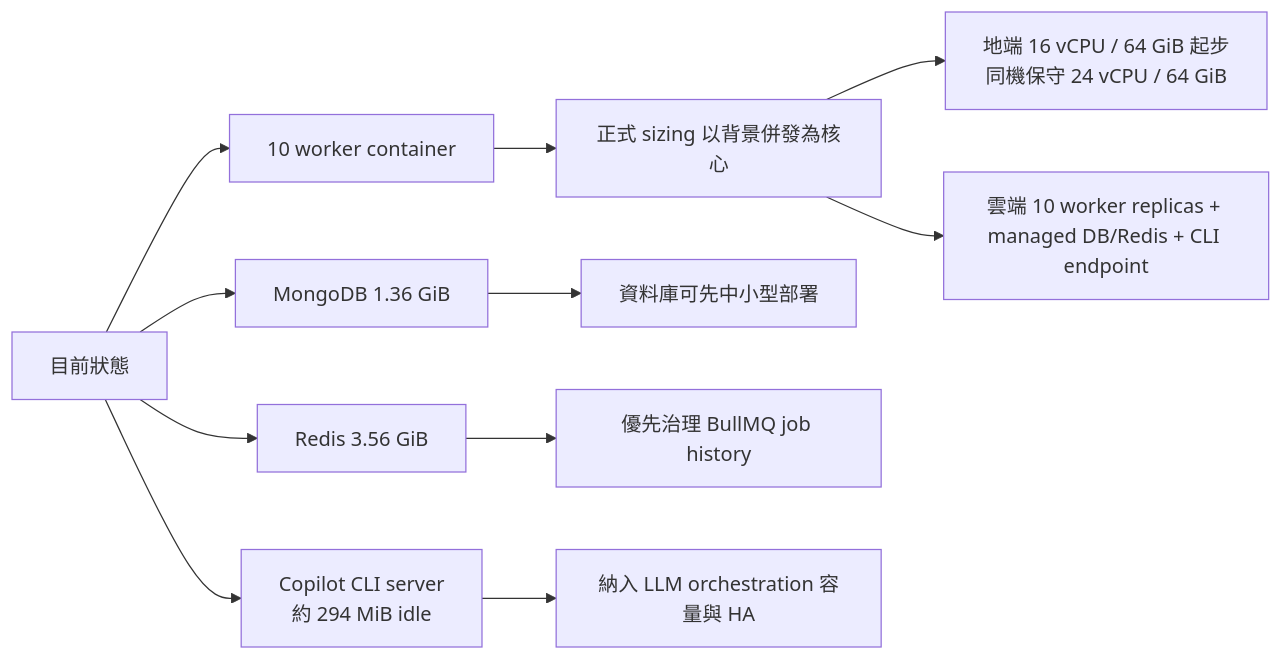
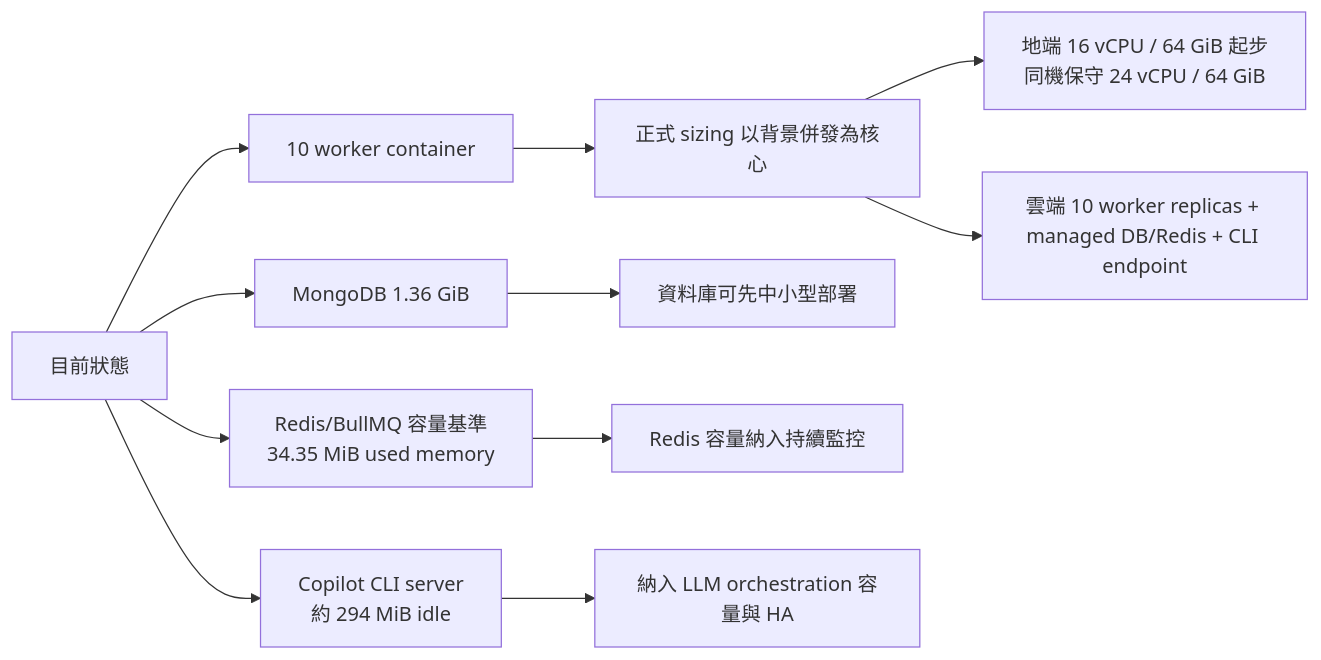
One commit to chunkai1312/temp changed the first of 16 diagrams in production-resource-architecture-proposal.md. Above: the diagram before and after it, drawn with Mermaid. The commit also changed other lines of this file, not shown here.

````diff
--- a/production-resource-architecture-proposal.md
+++ b/production-resource-architecture-proposal.md
@@ -39,13 +38,13 @@
 ```mermaid
 flowchart LR
   A["目前狀態"] --> B["10 worker container"]
   A --> C["MongoDB 1.36 GiB"]
-  A --> D["Redis 3.56 GiB"]
+  A --> D["Redis/BullMQ 容量基準\n34.35 MiB used memory"]
   A --> J["Copilot CLI server\n約 294 MiB idle"]
   B --> E["正式 sizing 以背景併發為核心"]
   C --> F["資料庫可先中小型部署"]
-  D --> G["優先治理 BullMQ job history"]
+  D --> G["Redis 容量納入持續監控"]
   J --> K["納入 LLM orchestration 容量與 HA"]
   E --> H["地端 16 vCPU / 64 GiB 起步\n同機保守 24 vCPU / 64 GiB"]
   E --> I["雲端 10 worker replicas + managed DB/Redis + CLI endpoint"]
 ```
````
